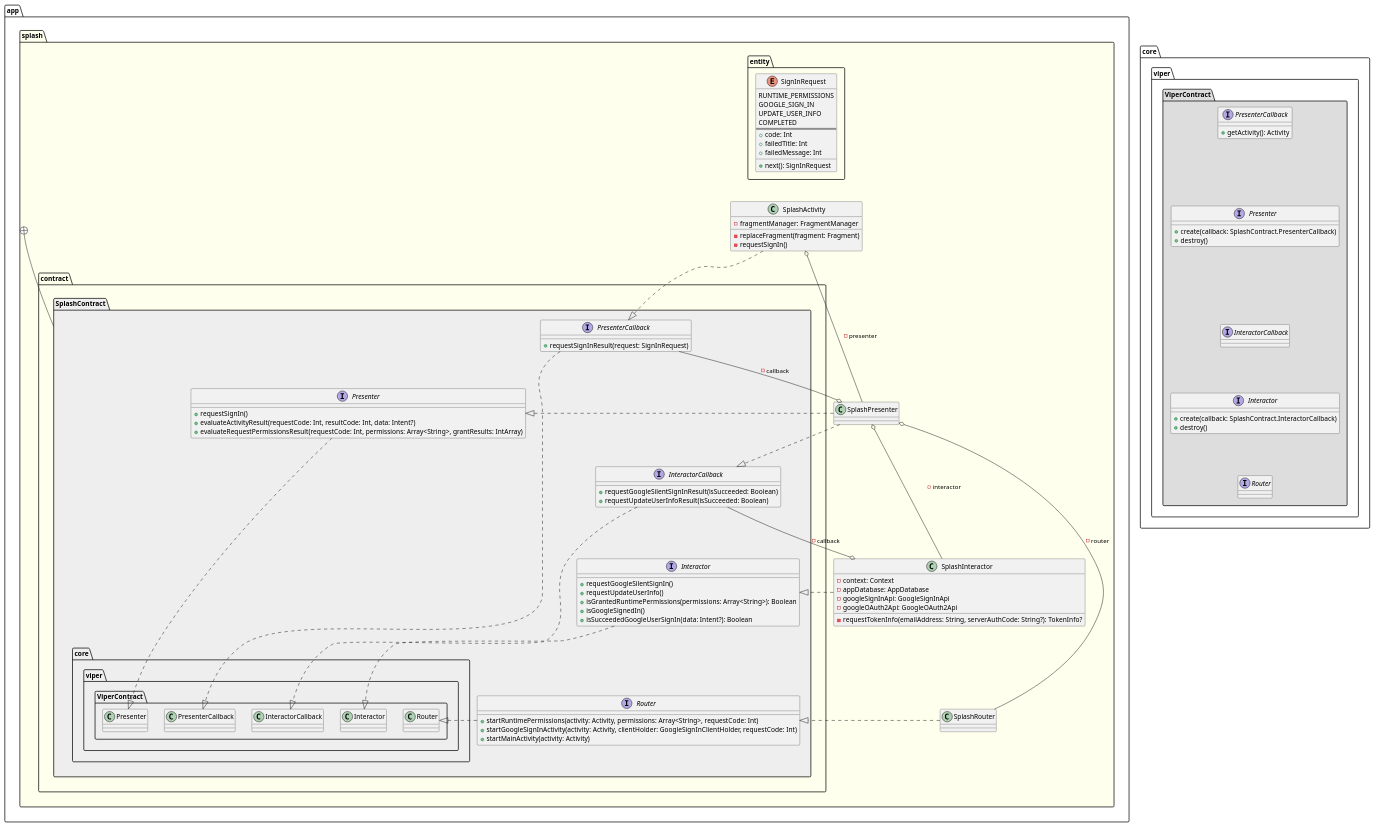
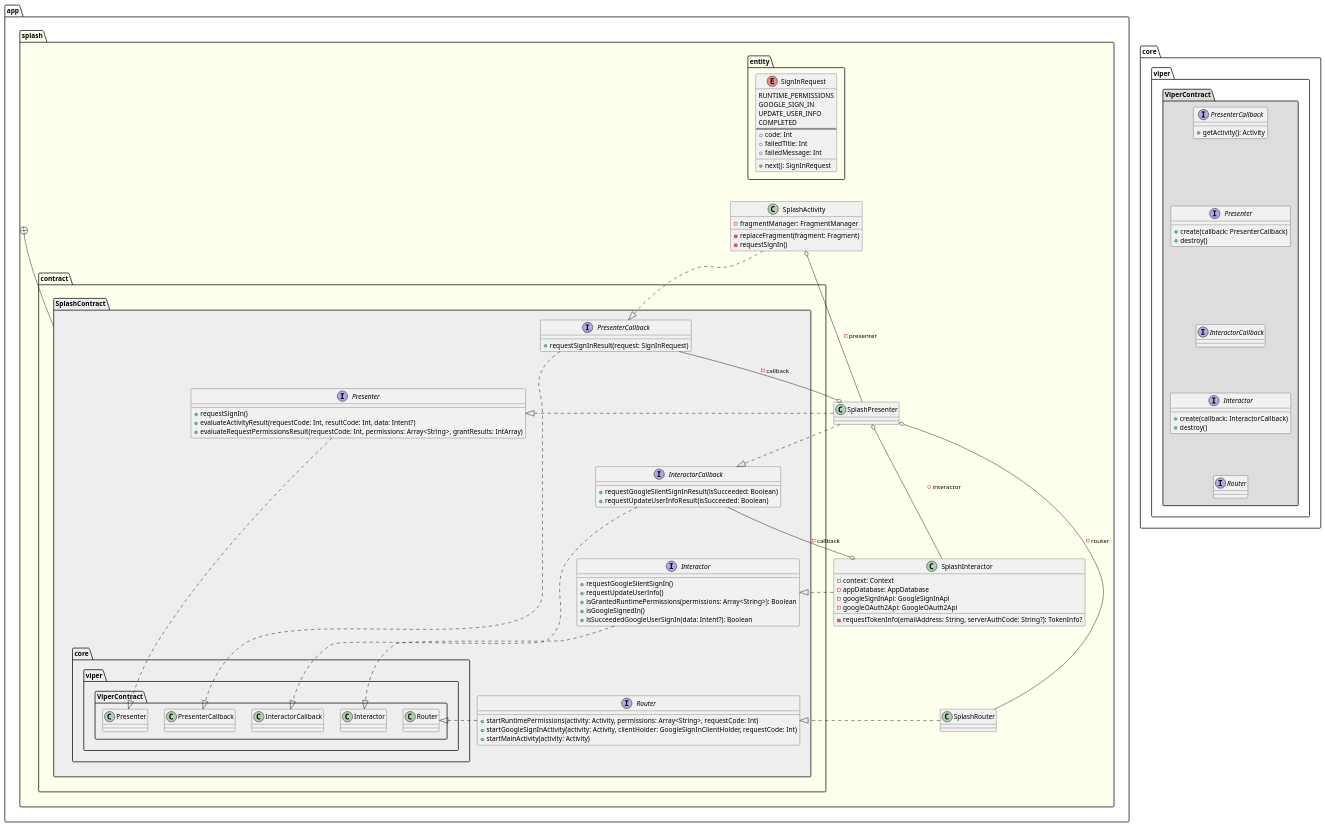
Before and after one commit to sallyluenoa/PhotoSlideShow: the diagram in uml/splash/class_diagram_splash_viper.md, drawn with PlantUML. The commit also changed 1 other file, not shown here.

Commit message:
Write UML for design #13
* Update uml.

```diff
--- a/uml/splash/class_diagram_splash_viper.md
+++ b/uml/splash/class_diagram_splash_viper.md
@@ -94,14 +94,14 @@
 
 namespace core.viper.ViperContract #DDDDDD {
   interface Presenter {
-    + create(callback: SplashContract.PresenterCallback)
+    + create(callback: PresenterCallback)
     + destroy()
   }
   interface PresenterCallback {
     + getActivity(): Activity
   }
   interface Interactor {
-    + create(callback: SplashContract.InteractorCallback)
+    + create(callback: InteractorCallback)
     + destroy()
   }
   interface InteractorCallback
```
